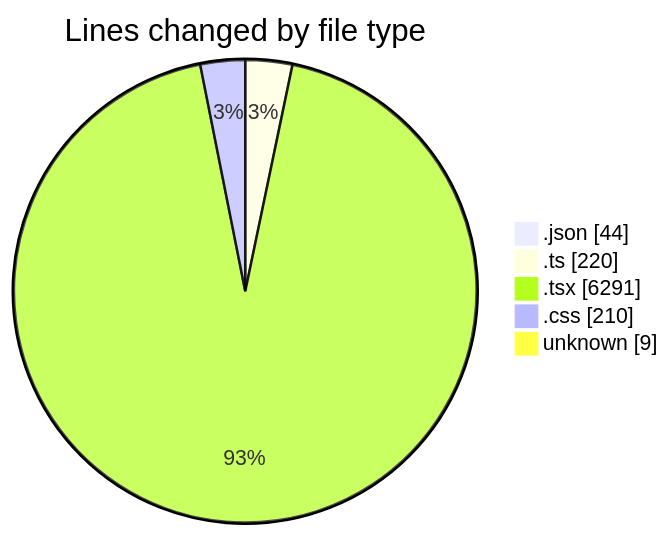
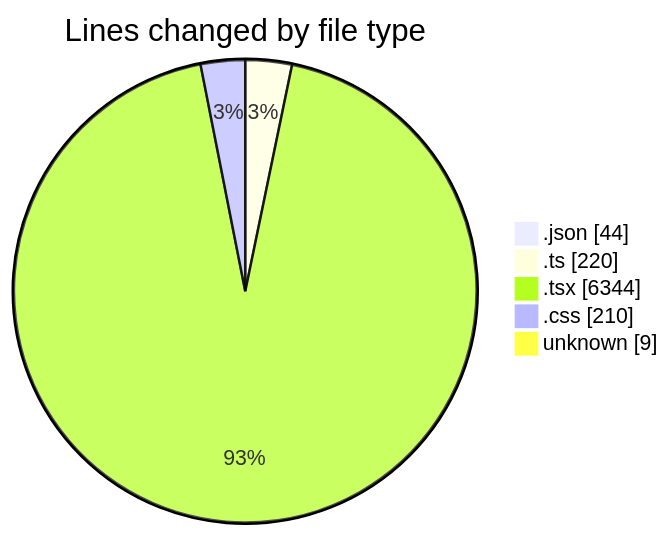
One commit to julien-gomy/code-tracking changed the first of 2 diagrams in 2025-10-24/eventscop-frontend-guide__workspace_/README.md. Above: the diagram before and after it, drawn with Mermaid. The commit also changed other lines of this file and 1 other file, not shown here.

````diff
--- a/2025-10-24/eventscop-frontend-guide__workspace_/README.md
+++ b/2025-10-24/eventscop-frontend-guide__workspace_/README.md
@@ -48,9 +48,9 @@
 ```mermaid
 pie showData
 title Lines changed by file type
 ".json" : 44
 ".ts" : 220
-".tsx" : 6291
+".tsx" : 6344
 ".css" : 210
 "unknown" : 9
 ```
````
